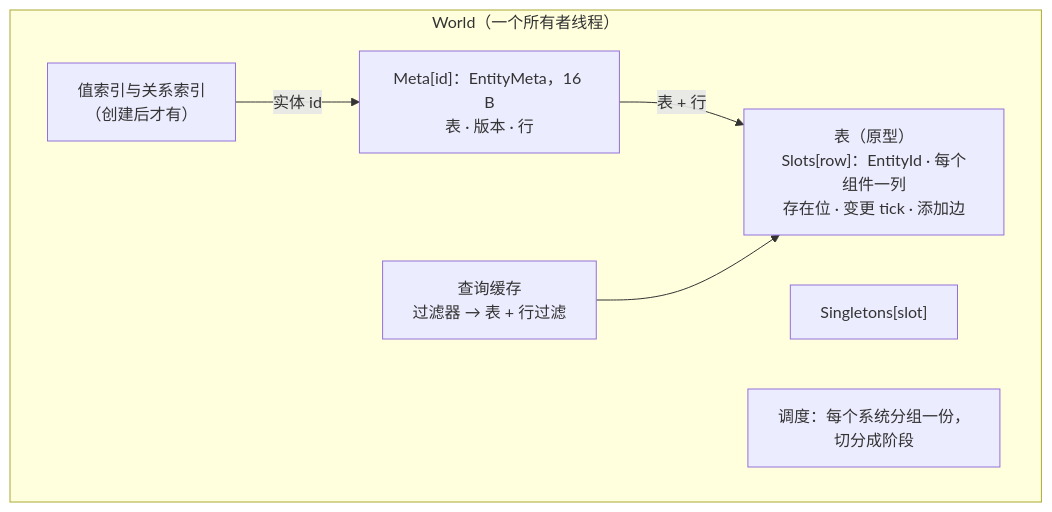
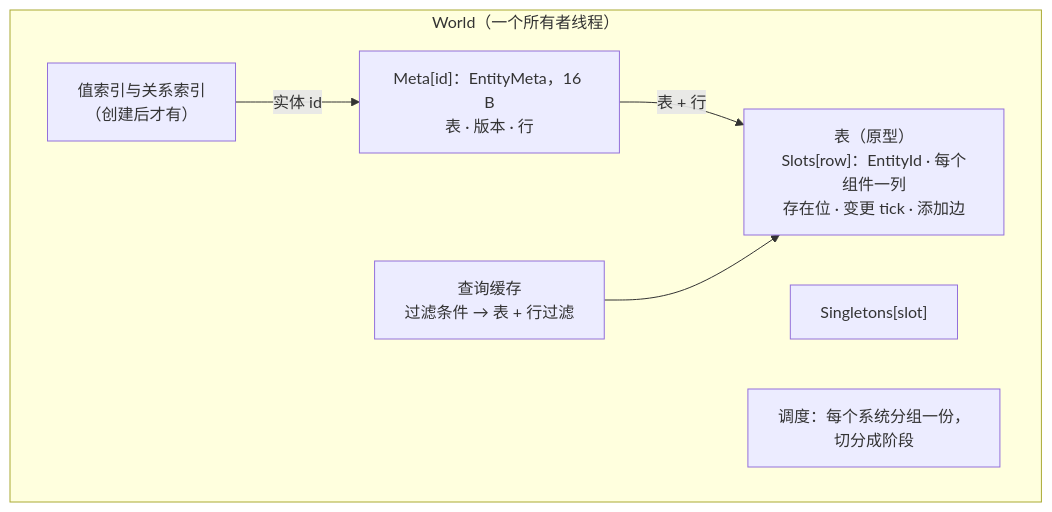
One commit to JasonXuDeveloper/EasyEcs changed the first of 6 diagrams in docs/content/architecture.zh.mdx. Above: the diagram before and after it, drawn with Mermaid. The commit also changed other lines of this file and 48 other files, not shown here.

````diff
--- a/docs/content/architecture.zh.mdx
+++ b/docs/content/architecture.zh.mdx
@@ -20,14 +20,14 @@
 ```mermaid
 flowchart TB
     subgraph W["World（一个所有者线程）"]
         Meta["Meta[id]：EntityMeta，16 B<br/>表 · 版本 · 行"]
         T["表（原型）<br/>Slots[row]：EntityId · 每个组件一列<br/>存在位 · 变更 tick · 添加边"]
-        QC["查询缓存<br/>过滤器 → 表 + 行过滤"]
+        QC["查询缓存<br/>过滤条件 → 表 + 行过滤"]
         S["Singletons[slot]"]
         Sys["调度：每个系统分组一份，<br/>切分成阶段"]
         Idx["值索引与关系索引<br/>（创建后才有）"]
     end
     Meta -->|表 + 行| T
     QC --> T
     Idx -->|实体 id| Meta
 ```
````
